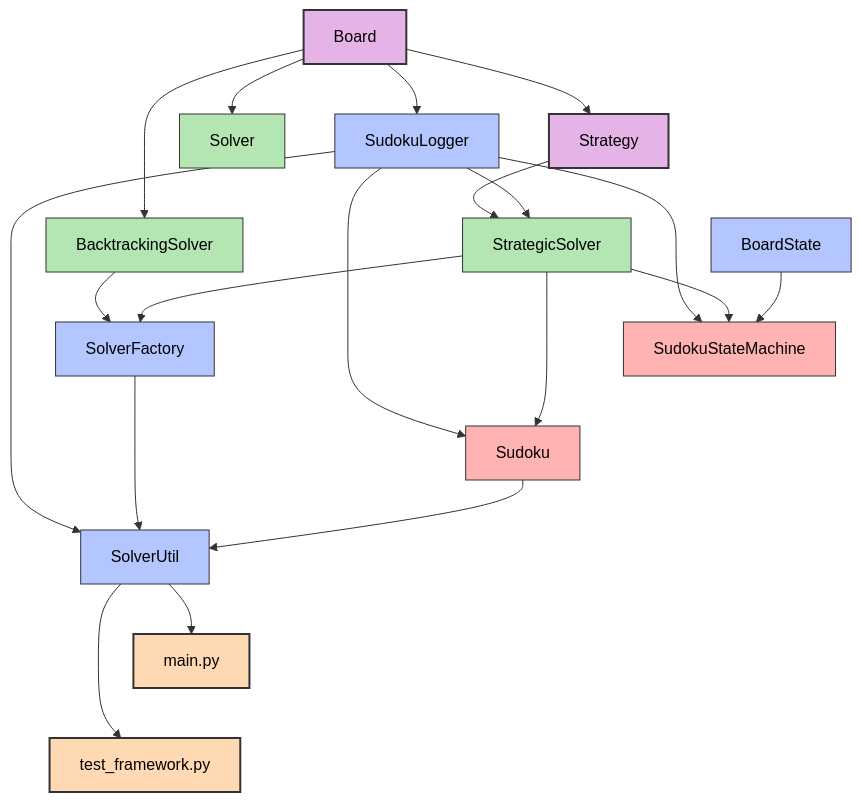
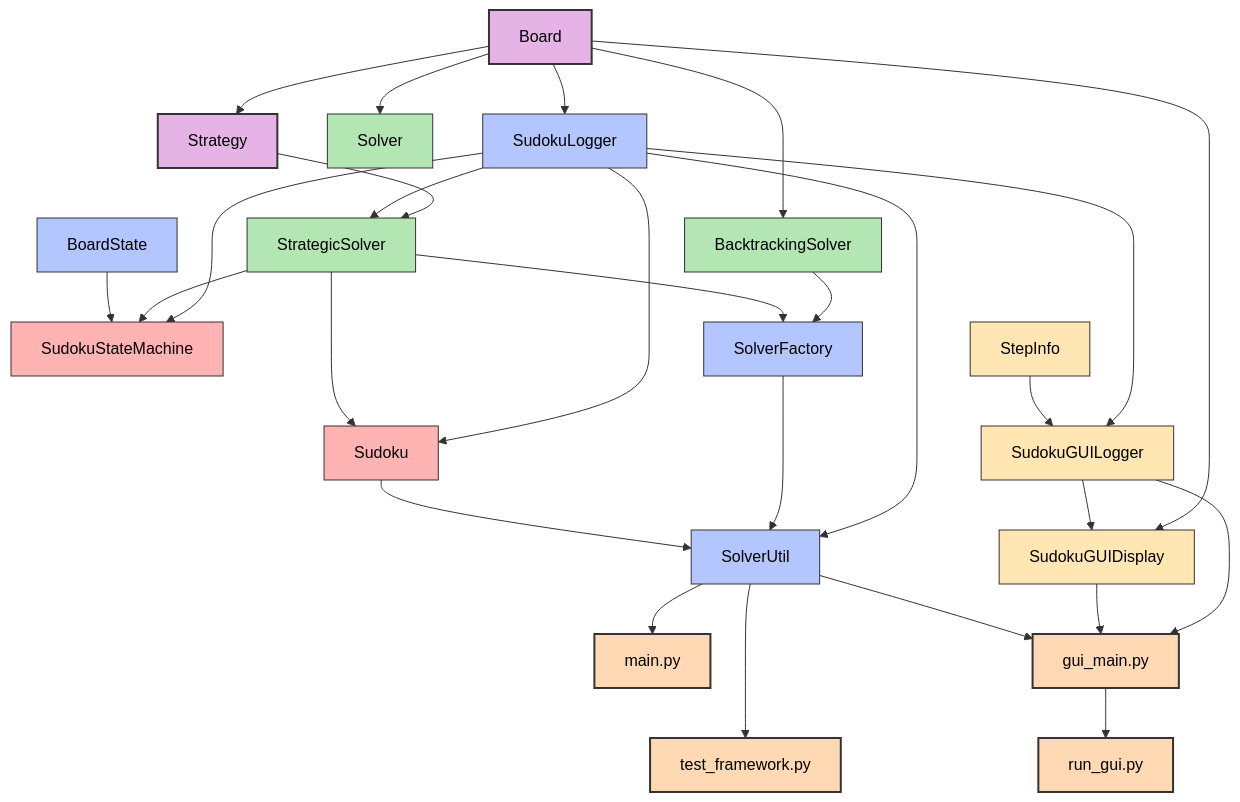
One commit to KilroyHere/sudoku-saga changed the diagram in documentation/PROJECT.md. Above: the diagram before and after it, drawn with Mermaid. The commit also changed other lines of this file and 12 other files, not shown here.

First line of the commit message:
Refactor project structure and enhance GUI visualization for Sudoku solver

````diff
--- a/documentation/PROJECT.md
+++ b/documentation/PROJECT.md
@@ -499,15 +562,23 @@
     SudokuStateMachine
     Sudoku
     
+    %% GUI components
+    StepInfo
+    SudokuGUILogger
+    SudokuGUIDisplay
+    
     %% Entry points
     main[main.py]
     test_framework[test_framework.py]
+    gui_main[gui_main.py]
+    run_gui[run_gui.py]
     
     %% Main dependencies
     Board --> Strategy
     Board --> Solver
     Board --> SudokuLogger
     Board --> BacktrackingSolver
+    Board --> SudokuGUIDisplay
     
     Strategy --> StrategicSolver
     
@@ -515,6 +586,7 @@
     SudokuLogger --> SudokuStateMachine
     SudokuLogger --> Sudoku
     SudokuLogger --> SolverUtil
+    SudokuLogger --> SudokuGUILogger
     
     BacktrackingSolver --> SolverFactory
     
@@ -528,9 +600,17 @@
     
     Sudoku --> SolverUtil
     
+    %% GUI dependencies
+    StepInfo --> SudokuGUILogger
+    SudokuGUILogger --> SudokuGUIDisplay
+    SudokuGUILogger --> gui_main
+    SudokuGUIDisplay --> gui_main
+    
     %% Entry point dependencies
     SolverUtil --> main
     SolverUtil --> test_framework
+    SolverUtil --> gui_main
+    gui_main --> run_gui
     
     %% Layout hints to reduce overlapping
     Board ~~~ Strategy
@@ -538,17 +618,20 @@
     BacktrackingSolver ~~~ SolverFactory
     SudokuStateMachine ~~~ Sudoku
     main ~~~ test_framework
+    SudokuGUILogger ~~~ SudokuGUIDisplay
     
     %% Style classes with higher contrast
     classDef core fill:#e6b3e6,stroke:#333,stroke-width:2px,color:#000;
     classDef util fill:#b3c6ff,stroke:#333,stroke-width:1px,color:#000;
     classDef solver fill:#b3e6b3,stroke:#333,stroke-width:1px,color:#000;
     classDef app fill:#ffb3b3,stroke:#333,stroke-width:1px,color:#000;
+    classDef gui fill:#ffe6b3,stroke:#333,stroke-width:1px,color:#000;
     classDef entry fill:#ffd9b3,stroke:#333,stroke-width:2px,color:#000;
     
     class Board,Strategy core;
     class SudokuLogger,SolverUtil,SolverFactory,BoardState util;
     class StrategicSolver,BacktrackingSolver,Solver solver;
     class SudokuStateMachine,Sudoku app;
-    class main,test_framework entry;
+    class StepInfo,SudokuGUILogger,SudokuGUIDisplay gui;
+    class main,test_framework,gui_main,run_gui entry;
 ```
````
